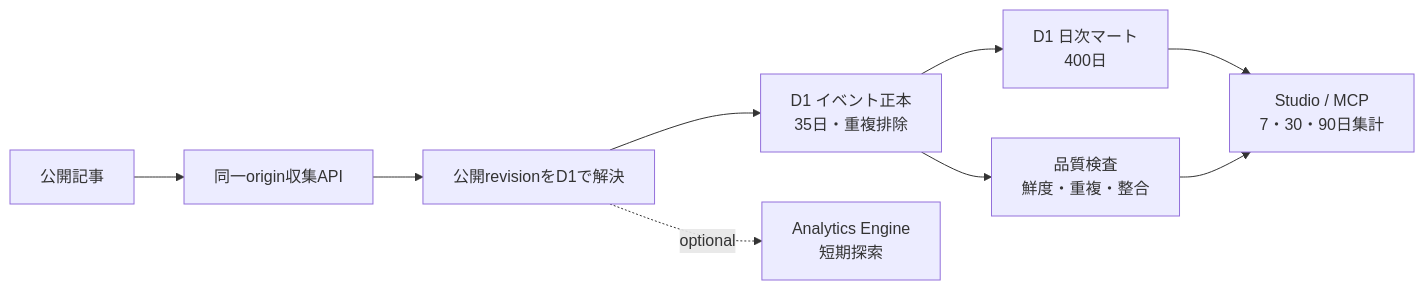
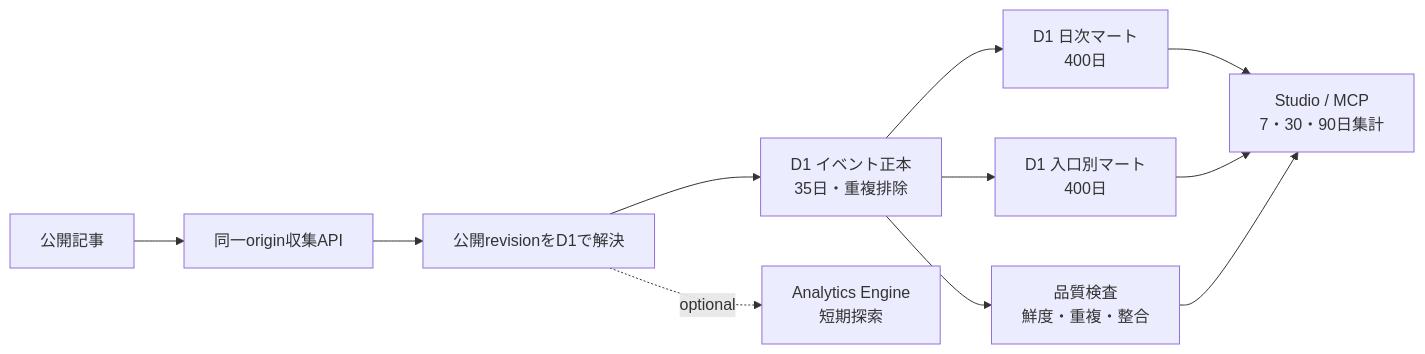
The diagram in docs/reader-analytics.md (mani1261790/Noema), drawn with Mermaid before and after one commit. The commit also changed other lines of this file and 14 other files, not shown here.

````diff
--- a/docs/reader-analytics.md
+++ b/docs/reader-analytics.md
@@ -42,11 +44,13 @@
 ```mermaid
 flowchart LR
   Reader["公開記事"] --> Endpoint["同一origin収集API"]
   Endpoint --> Resolve["公開revisionをD1で解決"]
   Resolve --> Facts["D1 イベント正本\n35日・重複排除"]
   Facts --> Daily["D1 日次マート\n400日"]
+  Facts --> Entry["D1 入口別マート\n400日"]
   Resolve -. optional .-> Explore["Analytics Engine\n短期探索"]
   Facts --> Quality["品質検査\n鮮度・重複・整合"]
   Daily --> Studio["Studio / MCP\n7・30・90日集計"]
+  Entry --> Studio
   Quality --> Studio
 ```
````
